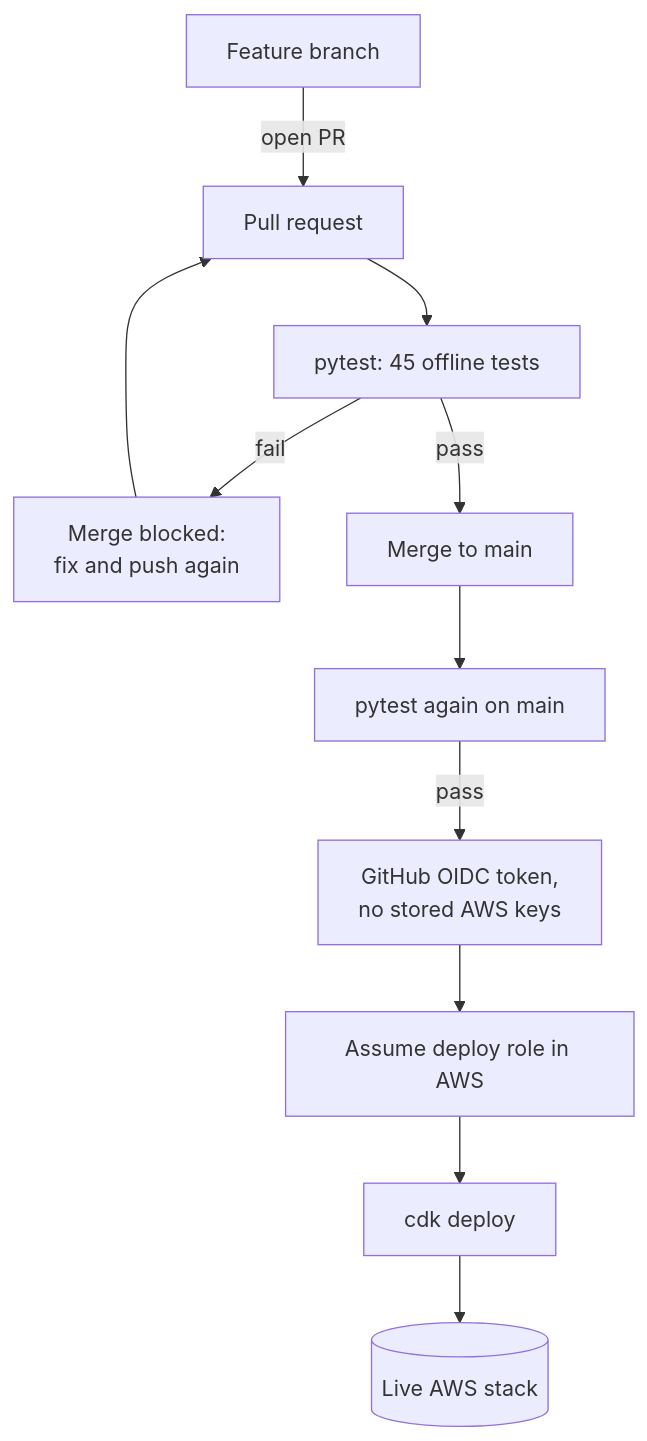
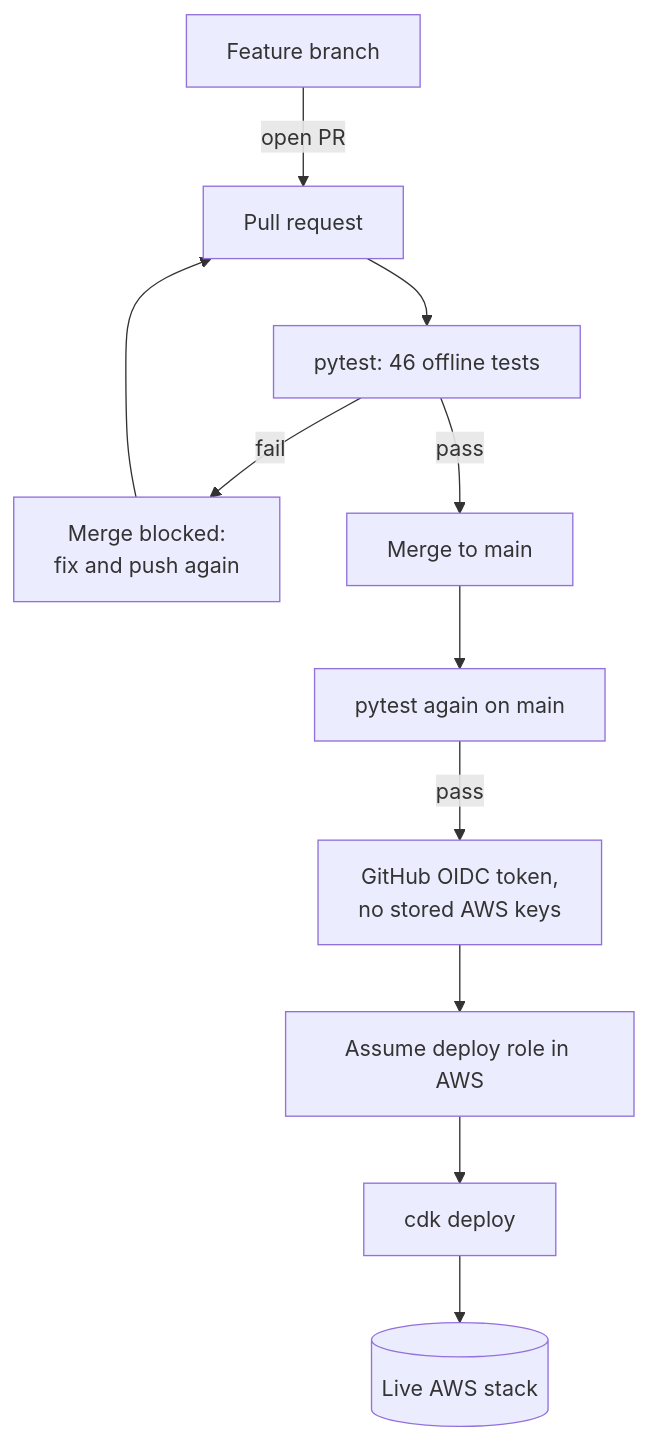
Before and after one commit to Shikha14DoD/AWS-DOC-QA: the fourth of 4 diagrams in README.md, drawn with Mermaid. The commit also changed other lines of this file and 1 other file, not shown here.

````diff
--- a/README.md
+++ b/README.md
@@ -310,13 +331,13 @@
 ```mermaid
 flowchart TD
     DEV[Feature branch] -->|open PR| PR[Pull request]
-    PR --> T1[pytest: 45 offline tests]
+    PR --> T1[pytest: 46 offline tests]
     T1 -->|fail| BLOCK[Merge blocked:<br/>fix and push again]
     BLOCK --> PR
     T1 -->|pass| MERGE[Merge to main]
     MERGE --> T2[pytest again on main]
     T2 -->|pass| OIDC[GitHub OIDC token,<br/>no stored AWS keys]
     OIDC --> ROLE[Assume deploy role in AWS]
     ROLE --> CDK[cdk deploy]
     CDK --> AWS[(Live AWS stack)]
 ```
````
